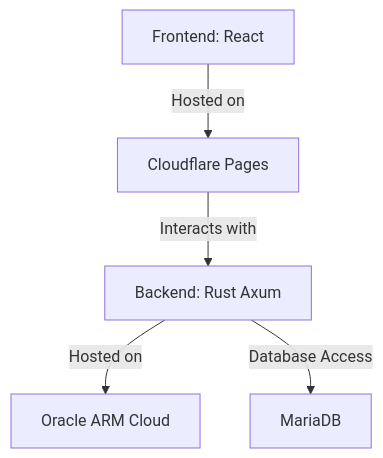
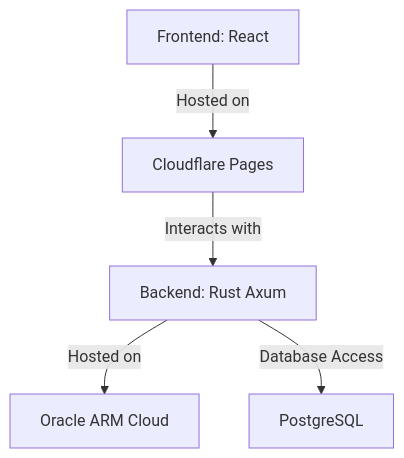
One commit to investutil/investutil-principal changed the diagram in README.md. Above: the diagram before and after it, drawn with Mermaid. The commit also changed other lines of this file, not shown here.

````diff
--- a/README.md
+++ b/README.md
@@ -54,7 +53,7 @@
 ```mermaid
 graph TD;
     A[Frontend: React] -->|Hosted on| B[Cloudflare Pages]
     B -->|Interacts with| C[Backend: Rust Axum]
     C -->|Hosted on| D[Oracle ARM Cloud]
-    C -->|Database Access| E[MariaDB]
+    C -->|Database Access| E[PostgreSQL]
 ```
````
